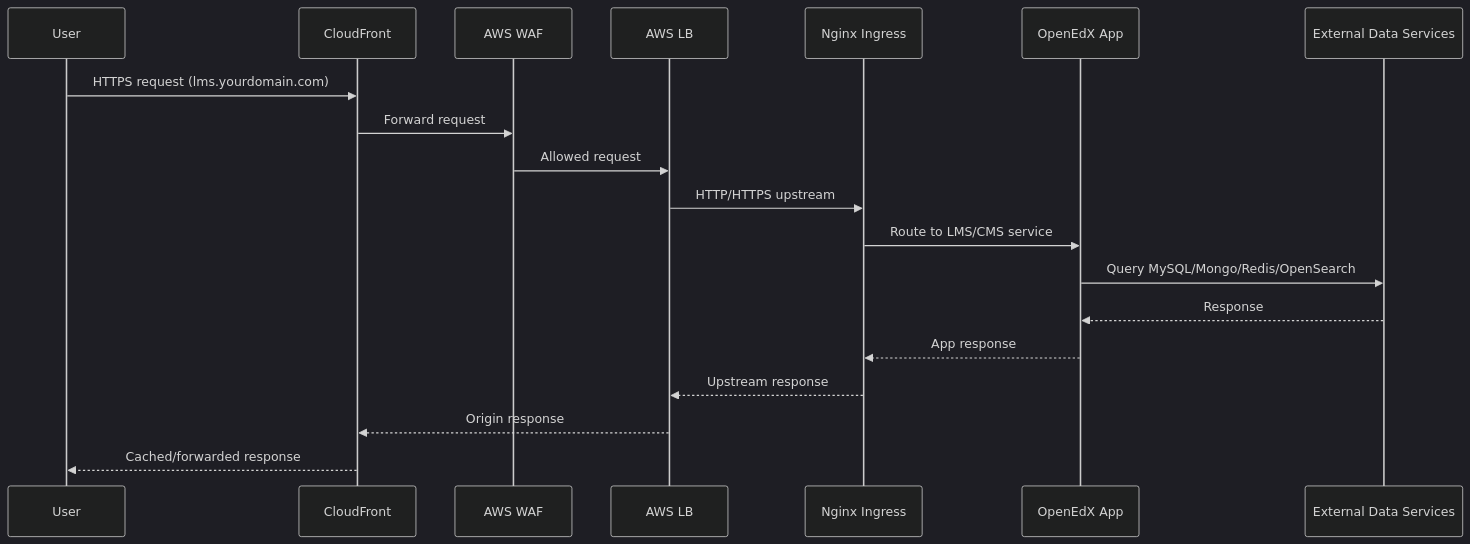
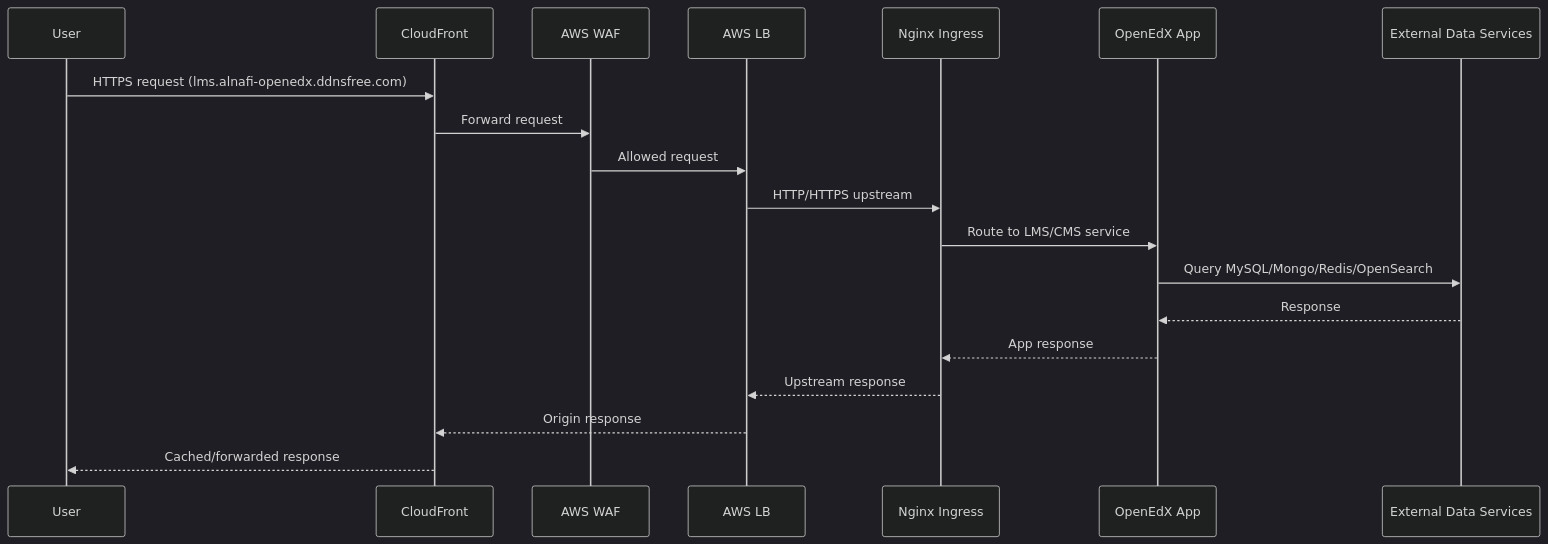
Before and after one commit to Eman-gul457/ALnafi-Project: the diagram in diagrams/network-flow.mmd, drawn with Mermaid (dark theme). The commit also changed 12 other files, not shown here.

````diff
--- a/diagrams/network-flow.mmd
+++ b/diagrams/network-flow.mmd
@@ -3,22 +3,22 @@
 ```mermaid
 sequenceDiagram
   participant U as User
   participant CF as CloudFront
   participant W as AWS WAF
   participant LB as AWS LB
   participant N as Nginx Ingress
   participant A as OpenEdX App
   participant D as External Data Services
 
-  U->>CF: HTTPS request (lms.yourdomain.com)
+  U->>CF: HTTPS request (lms.alnafi-openedx.ddnsfree.com)
   CF->>W: Forward request
   W->>LB: Allowed request
   LB->>N: HTTP/HTTPS upstream
   N->>A: Route to LMS/CMS service
   A->>D: Query MySQL/Mongo/Redis/OpenSearch
   D-->>A: Response
   A-->>N: App response
   N-->>LB: Upstream response
   LB-->>CF: Origin response
   CF-->>U: Cached/forwarded response
 ```
````
